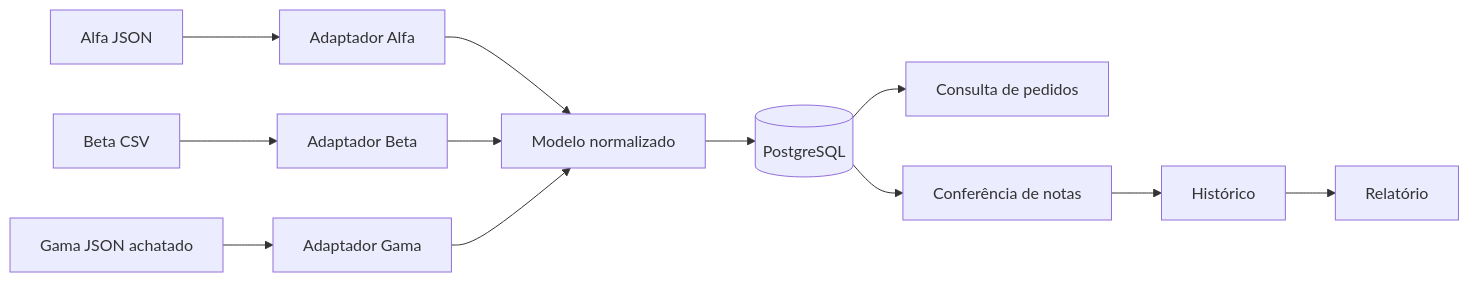
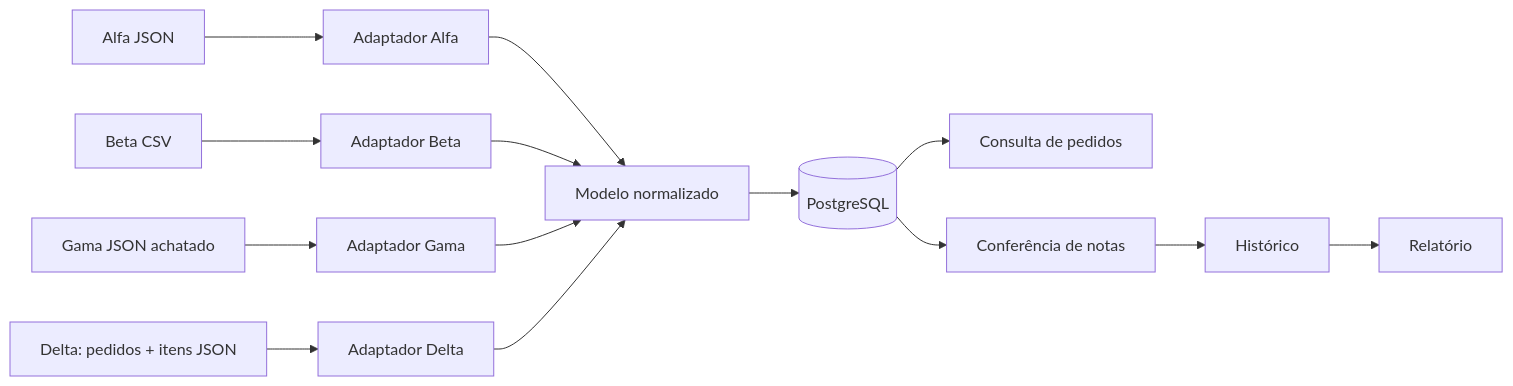
Before and after one commit to kauanrubem/v360-purchase-order-connector: the diagram in docs/architecture.md, drawn with Mermaid. The commit also changed other lines of this file and 6 other files, not shown here.

````diff
--- a/docs/architecture.md
+++ b/docs/architecture.md
@@ -7,14 +7,16 @@
 ```mermaid
 flowchart LR
     A[Alfa JSON] --> IA[Adaptador Alfa]
     B[Beta CSV] --> IB[Adaptador Beta]
     C[Gama JSON achatado] --> IG[Adaptador Gama]
+    E[Delta: pedidos + itens JSON] --> ID[Adaptador Delta]
     IA --> D[Modelo normalizado]
     IB --> D
     IG --> D
+    ID --> D
     D --> DB[(PostgreSQL)]
     DB --> Q[Consulta de pedidos]
     DB --> V[Conferência de notas]
     V --> H[Histórico]
     H --> R[Relatório]
 ```
````
